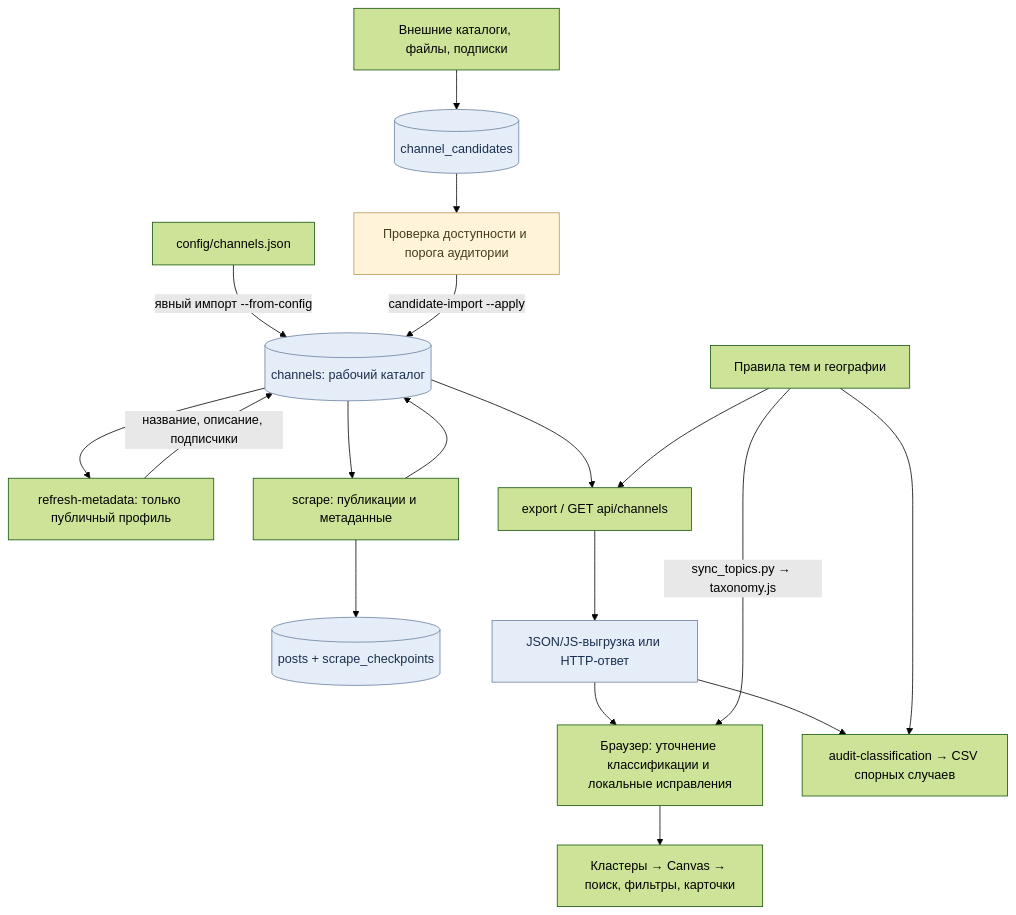
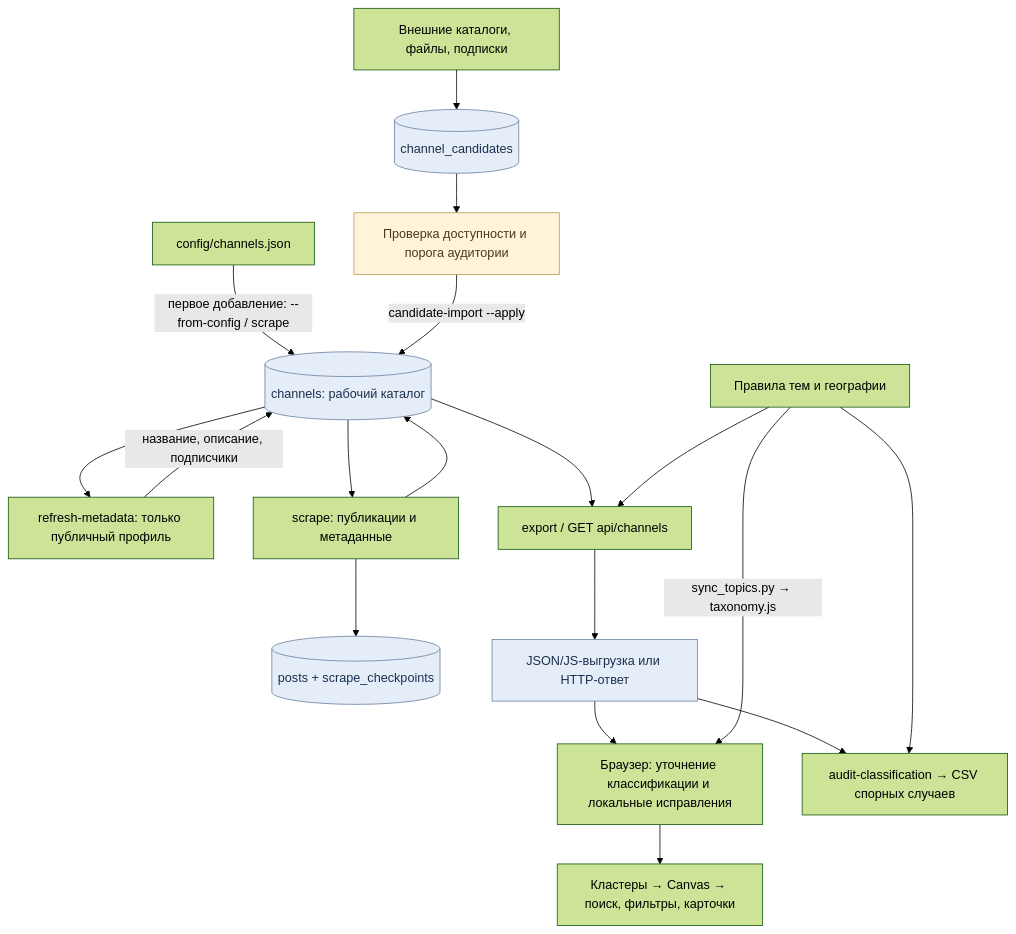
One commit to zEeZja/tgatlas changed the diagram in docs/architecture/01-overview.mmd. Above: the diagram before and after it, drawn with Mermaid (forest theme). The commit also changed 49 other files, not shown here.

```diff
--- a/docs/architecture/01-overview.mmd
+++ b/docs/architecture/01-overview.mmd
@@ -1,23 +1,23 @@
 flowchart TB
-    CFG["config/channels.json"] -->|"явный импорт --from-config"| CH[("channels: рабочий каталог")]
+    CFG["config/channels.json"] -->|"первое добавление: --from-config / scrape"| CH[("channels: рабочий каталог")]
     SRC["Внешние каталоги, файлы, подписки"] --> CAN[("channel_candidates")]
     CAN --> VAL["Проверка доступности и порога аудитории"]
     VAL -->|"candidate-import --apply"| CH
     CH --> META["refresh-metadata: только публичный профиль"]
     META -->|"название, описание, подписчики"| CH
     CH --> SCRAPE["scrape: публикации и метаданные"]
     SCRAPE --> CH
     SCRAPE --> POSTS[("posts + scrape_checkpoints")]
     CH --> EXPORT["export / GET api/channels"]
     RULES["Правила тем и географии"] --> EXPORT
     EXPORT --> DATA["JSON/JS-выгрузка или HTTP-ответ"]
     DATA --> BROWSER["Браузер: уточнение классификации и локальные исправления"]
     RULES -->|"sync_topics.py → taxonomy.js"| BROWSER
     BROWSER --> MAP["Кластеры → Canvas → поиск, фильтры, карточки"]
     DATA --> AUDIT["audit-classification → CSV спорных случаев"]
     RULES --> AUDIT
     classDef data fill:#e5edf8,stroke:#6981a0,color:#1b304e
     classDef check fill:#fff4d9,stroke:#b49a55,color:#463b1d
     classDef warn fill:#fce9e5,stroke:#ad756c,color:#5a2b24
     class CH,CAN,POSTS,DATA data
     class VAL check
```
